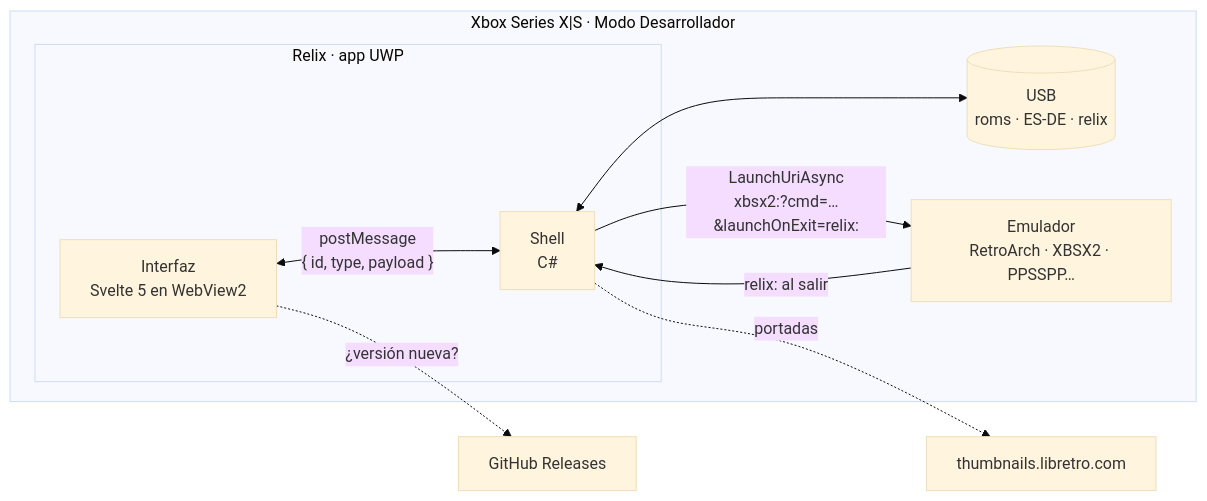
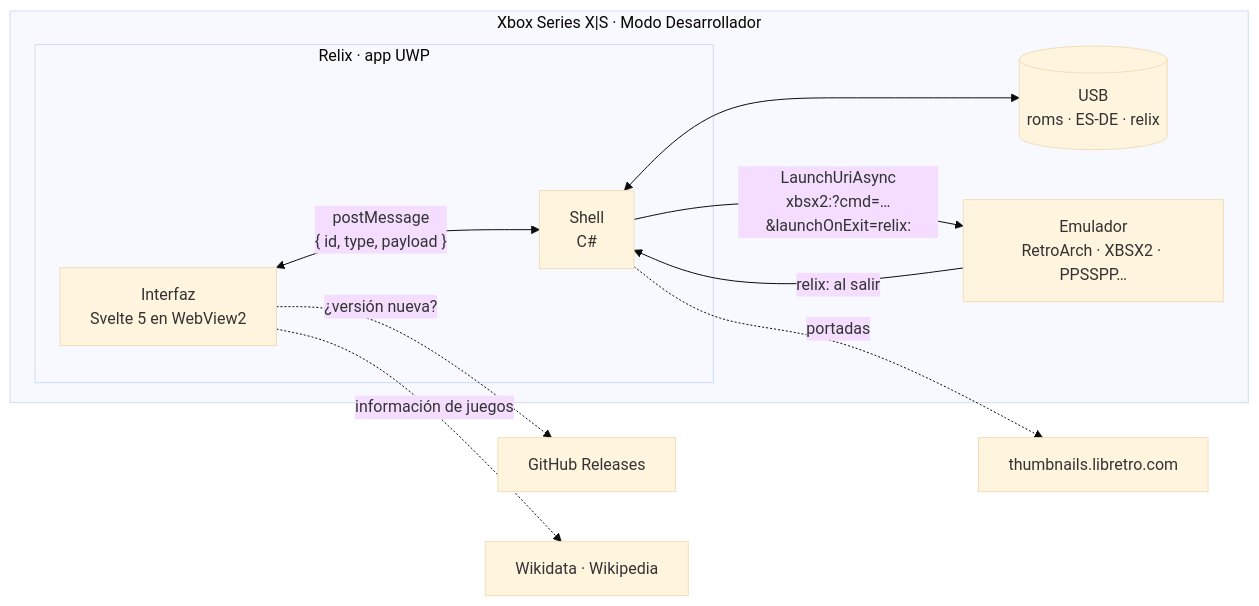
One commit to Snyker-fair/relix changed the diagram in README.es.md. Above: the diagram before and after it, drawn with Mermaid (base theme). The commit also changed other lines of this file and 10 other files, not shown here.

````diff
--- a/README.es.md
+++ b/README.es.md
@@ -143,17 +149,18 @@
 ```mermaid
 flowchart LR
   subgraph xbox["Xbox Series X|S · Modo Desarrollador"]
     subgraph app["Relix · app UWP"]
       ui["Interfaz<br/>Svelte 5 en WebView2"]
       shell["Shell<br/>C#"]
       ui <-->|"postMessage<br/>{ id, type, payload }"| shell
     end
     usb[("USB<br/>roms · ES-DE · relix")]
     emu["Emulador<br/>RetroArch · XBSX2 · PPSSPP…"]
     shell <--> usb
     shell -->|"LaunchUriAsync<br/>xbsx2:?cmd=…&launchOnExit=relix:"| emu
     emu -->|"relix: al salir"| shell
   end
   shell -.->|"portadas"| libretro["thumbnails.libretro.com"]
   ui -.->|"¿versión nueva?"| github["GitHub Releases"]
+  ui -.->|"información de juegos"| wiki["Wikidata · Wikipedia"]
 ```
````
